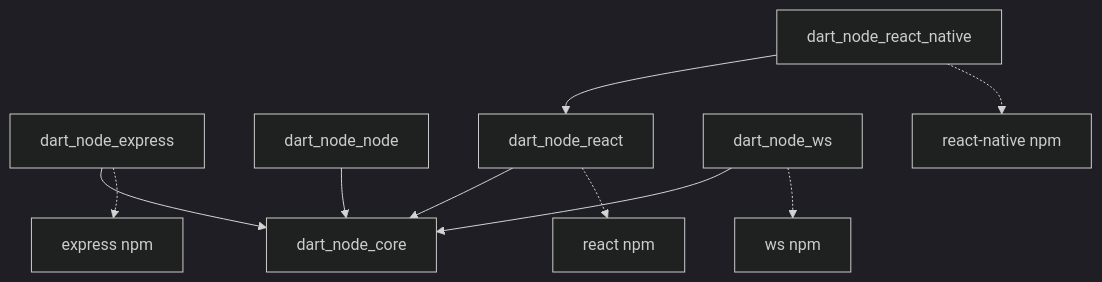
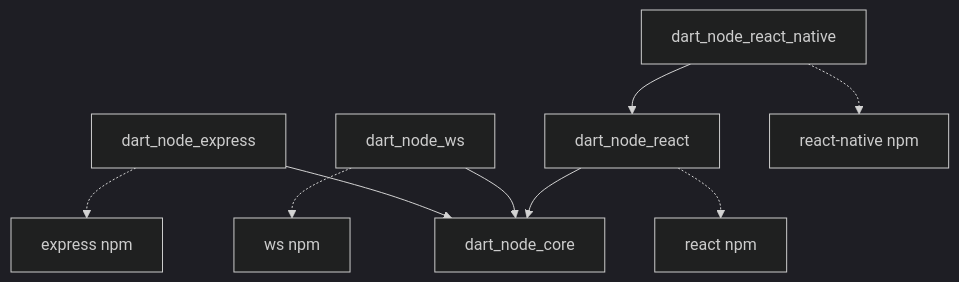
One commit to ajayi-joseph/dart_node changed the diagram in packages/dart_node_ws/README.md. Above: the diagram before and after it, drawn with Mermaid (dark theme). The commit also changed 19 other files, not shown here.

````diff
--- a/packages/dart_node_ws/README.md
+++ b/packages/dart_node_ws/README.md
@@ -9,12 +9,11 @@
 ```mermaid
 graph TD
     B[dart_node_express] --> A[dart_node_core]
-    C[dart_node_node] --> A
+    C[dart_node_ws] --> A
     D[dart_node_react] --> A
     E[dart_node_react_native] --> D
-    F[dart_node_ws] --> A
-    B -.-> G[express npm]
+    B -.-> F[express npm]
+    C -.-> G[ws npm]
     D -.-> H[react npm]
     E -.-> I[react-native npm]
-    F -.-> J[ws npm]
 ```
````
